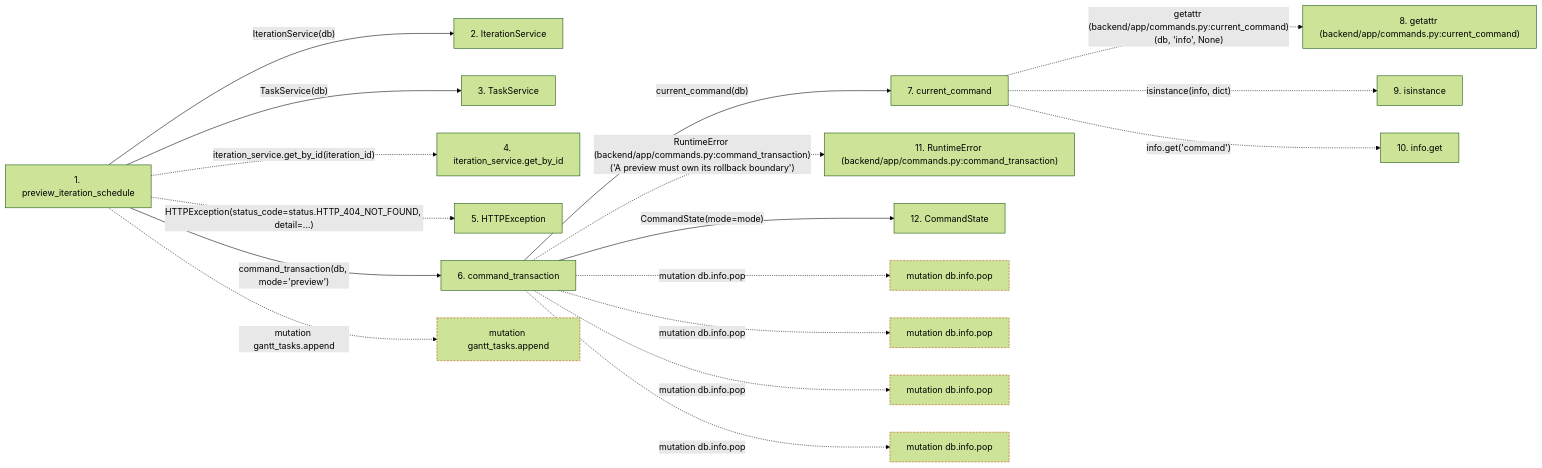
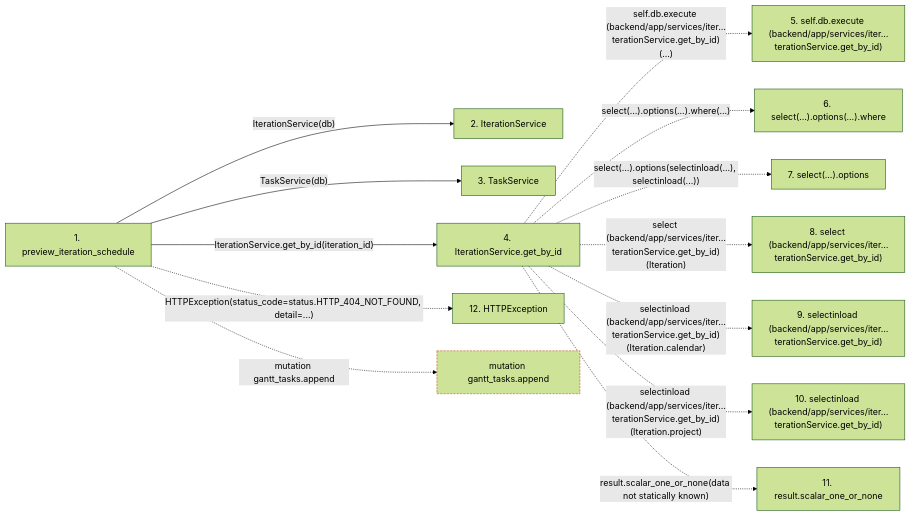
One commit to Denissvgn/WorkChord changed the second of 2 diagrams in docs/llm_wiki/flows/http-preview_iteration_schedule.md. Above: the diagram before and after it, drawn with Mermaid (forest theme). The commit also changed other lines of this file and 25171 other files, not shown here.

````diff
--- a/docs/llm_wiki/flows/http-preview_iteration_schedule.md
+++ b/docs/llm_wiki/flows/http-preview_iteration_schedule.md
@@ -89,48 +150,34 @@
 ```mermaid
 flowchart LR
     s1["1. preview_iteration_schedule"]
     s2["2. IterationService"]
     s3["3. TaskService"]
-    s4["4. iteration_service.get_by_id"]
-    s5["5. HTTPException"]
-    s6["6. command_transaction"]
-    s7["7. current_command"]
-    s8["8. getattr (backend/app/commands.py:current_command)"]
-    s9["9. isinstance"]
-    s10["10. info.get"]
-    s11["11. RuntimeError (backend/app/commands.py:command_transaction)"]
-    s12["12. CommandState"]
+    s4["4. IterationService.get_by_id"]
+    s5["5. self.db.execute (backend/app/services/iter…terationService.get_by_id)"]
+    s6["6. select(…).options(…).where"]
+    s7["7. select(…).options"]
+    s8["8. select (backend/app/services/iter…terationService.get_by_id)"]
+    s9["9. selectinload (backend/app/services/iter…terationService.get_by_id)"]
+    s10["10. selectinload (backend/app/services/iter…terationService.get_by_id)"]
+    s11["11. result.scalar_one_or_none"]
+    s12["12. HTTPException"]
     s1 -->|"IterationService(db)"| s2
     s1 -->|"TaskService(db)"| s3
-    s1 -. "iteration_service.get_by_id(iteration_id)" .-> s4
-    s1 -. "HTTPException(status_code=status.HTTP_404_NOT_FOUND, detail=...)" .-> s5
-    s1 -->|"command_transaction(db, mode='preview')"| s6
-    s6 -->|"current_command(db)"| s7
-    s7 -. "getattr (backend/app/commands.py:current_command)(db, 'info', None)" .-> s8
-    s7 -. "isinstance(info, dict)" .-> s9
-    s7 -. "info.get('command')" .-> s10
-    s6 -. "RuntimeError (backend/app/commands.py:command_transaction)('A preview must own its rollback boundary')" .-> s11
-    s6 -->|"CommandState(mode=mode)"| s12
+    s1 -->|"IterationService.get_by_id(iteration_id)"| s4
+    s4 -. "self.db.execute (backend/app/services/iter…terationService.get_by_id)(...)" .-> s5
+    s4 -. "select(…).options(…).where(...)" .-> s6
+    s4 -. "select(…).options(selectinload(...), selectinload(...))" .-> s7
+    s4 -. "select (backend/app/services/iter…terationService.get_by_id)(Iteration)" .-> s8
+    s4 -. "selectinload (backend/app/services/iter…terationService.get_by_id)(Iteration.calendar)" .-> s9
+    s4 -. "selectinload (backend/app/services/iter…terationService.get_by_id)(Iteration.project)" .-> s10
+    s4 -. "result.scalar_one_or_none(data not statically known)" .-> s11
+    s1 -. "HTTPException(status_code=status.HTTP_404_NOT_FOUND, detail=...)" .-> s12
     b0["mutation gantt_tasks.append"]
     s1 -. "mutation gantt_tasks.append" .-> b0
-    b1["mutation db.info.pop"]
-    s6 -. "mutation db.info.pop" .-> b1
-    b2["mutation db.info.pop"]
-    s6 -. "mutation db.info.pop" .-> b2
-    b3["mutation db.info.pop"]
-    s6 -. "mutation db.info.pop" .-> b3
-    b4["mutation db.info.pop"]
-    s6 -. "mutation db.info.pop" .-> b4
     click s1 "../modules/routers_gantt.md"
     click s2 "../modules/iteration_service.md"
     click s3 "../modules/task_service.md"
-    click s6 "../modules/commands.md"
-    click s7 "../modules/commands.md"
-    click s12 "../modules/commands.md"
+    click s4 "../modules/iteration_service.md"
     classDef boundary stroke:#b45309,stroke-dasharray: 4 2
     class b0 boundary
-    class b1 boundary
-    class b2 boundary
-    class b3 boundary
-    class b4 boundary
 ```
````
